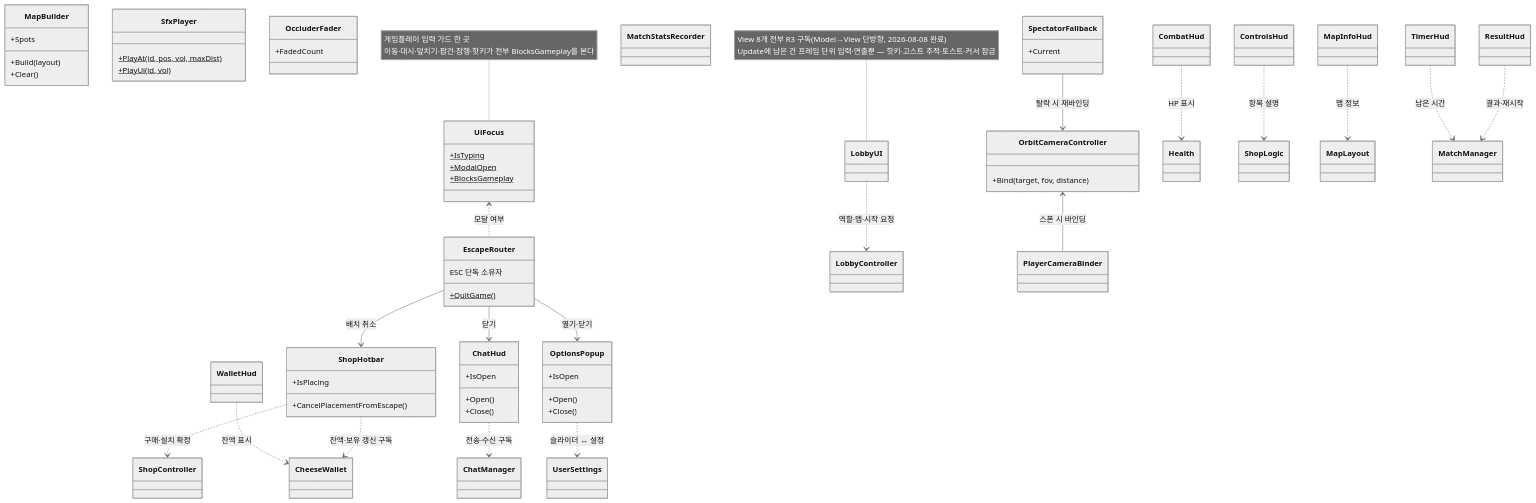
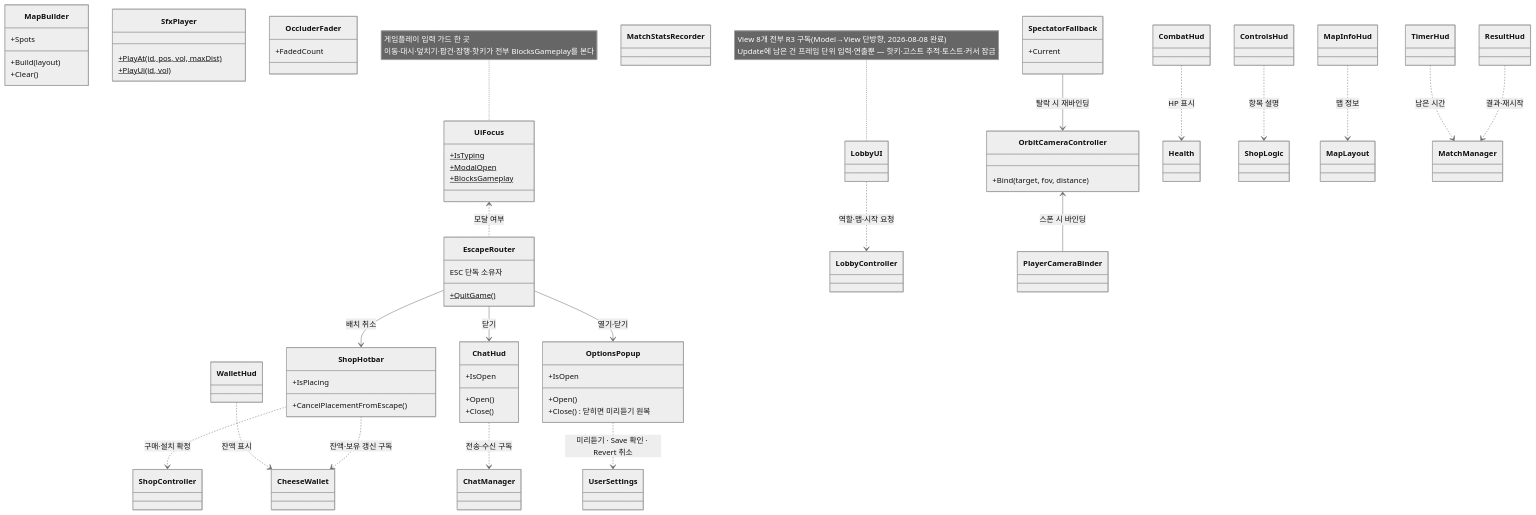
Before and after one commit to JeahanPark/The-Cheese-Thief-and-the-Cat: the seventh of 13 diagrams in CTC/docs/design-vault/코드 다이어그램.md, drawn with Mermaid (neutral theme). The commit also changed other lines of this file and 7 other files, not shown here.

````diff
--- a/CTC/docs/design-vault/코드 다이어그램.md
+++ b/CTC/docs/design-vault/코드 다이어그램.md
@@ -181,77 +181,77 @@
 ```mermaid
 classDiagram
     direction TB
 
     class MapBuilder {
         +Build(layout)
         +Clear()
         +Spots
     }
     class SfxPlayer {
         +PlayAt(id, pos, vol, maxDist)$
         +PlayUi(id, vol)$
     }
     class OccluderFader {
         +FadedCount
     }
     class SpectatorFallback {
         +Current
     }
     class MatchStatsRecorder
     class OrbitCameraController {
         +Bind(target, fov, distance)
     }
 
     class LobbyUI
     class WalletHud
     class CombatHud
     class ControlsHud
     class MapInfoHud
     class TimerHud
     class ResultHud
     class ShopHotbar {
         +IsPlacing
         +CancelPlacementFromEscape()
     }
     class OptionsPopup {
         +IsOpen
         +Open()
-        +Close()
+        +Close() 닫히면 미리듣기 원복
     }
     class ChatHud {
         +IsOpen
         +Open()
         +Close()
     }
     class EscapeRouter {
         ESC 단독 소유자
         +QuitGame()$
     }
     class UiFocus {
         +IsTyping$
         +ModalOpen$
         +BlocksGameplay$
     }
 
     LobbyUI ..> LobbyController : 역할·맵·시작 요청
     WalletHud ..> CheeseWallet : 잔액 표시
     CombatHud ..> Health : HP 표시
     ControlsHud ..> ShopLogic : 항목 설명
     MapInfoHud ..> MapLayout : 맵 정보
     TimerHud ..> MatchManager : 남은 시간
     ResultHud ..> MatchManager : 결과·재시작
     ShopHotbar ..> ShopController : 구매·설치 확정
     ShopHotbar ..> CheeseWallet : 잔액·보유 갱신 구독
     OrbitCameraController <-- PlayerCameraBinder : 스폰 시 바인딩
     SpectatorFallback --> OrbitCameraController : 탈락 시 재바인딩
 
-    OptionsPopup ..> UserSettings : 슬라이더 ↔ 설정
+    OptionsPopup ..> UserSettings : 미리듣기 · Save 확인 · Revert 취소
     ChatHud ..> ChatManager : 전송·수신 구독
     EscapeRouter --> ShopHotbar : 배치 취소
     EscapeRouter --> ChatHud : 닫기
     EscapeRouter --> OptionsPopup : 열기·닫기
     UiFocus <.. EscapeRouter : 모달 여부
 
     note for LobbyUI "View 8개 전부 R3 구독(Model→View 단방향, 2026-08-08 완료)<br/>Update에 남은 건 프레임 단위 입력·연출뿐 — 핫키·고스트 추적·토스트·커서 잠금"
     note for UiFocus "게임플레이 입력 가드 한 곳<br/>이동·대시·덮치기·팝건·잠행·핫키가 전부 BlocksGameplay를 본다"
 ```
````
